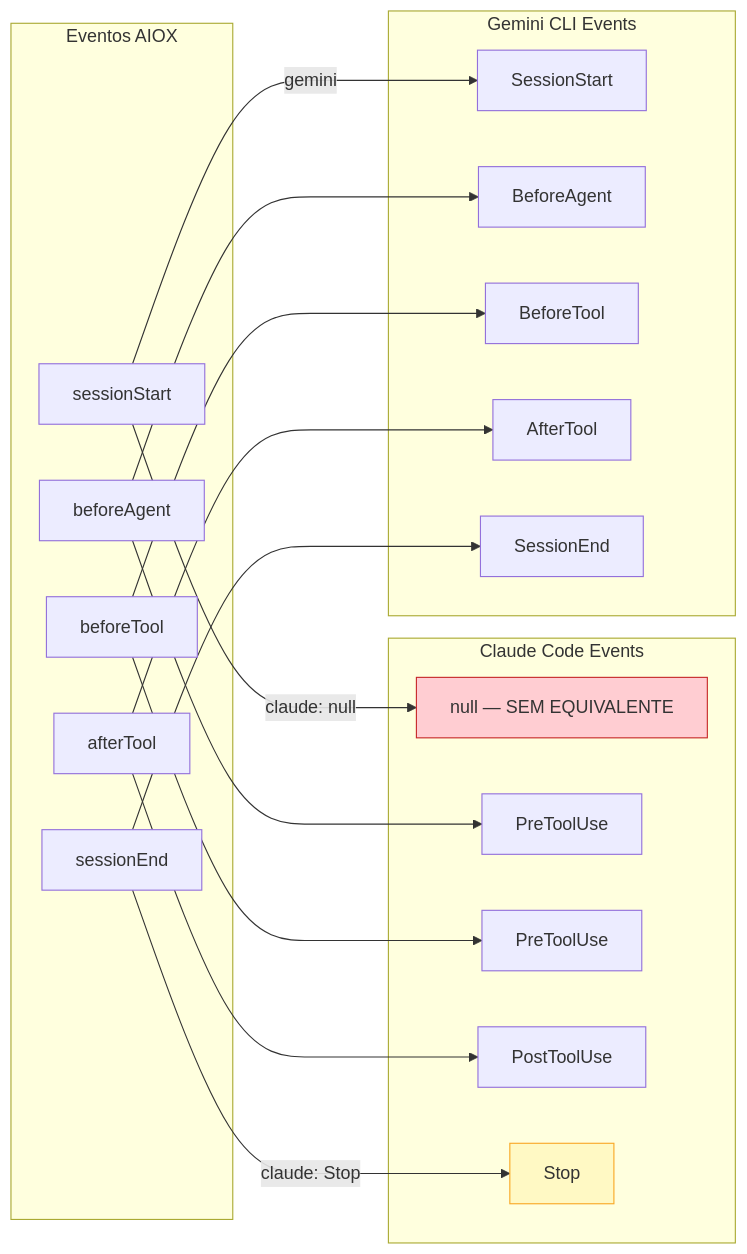
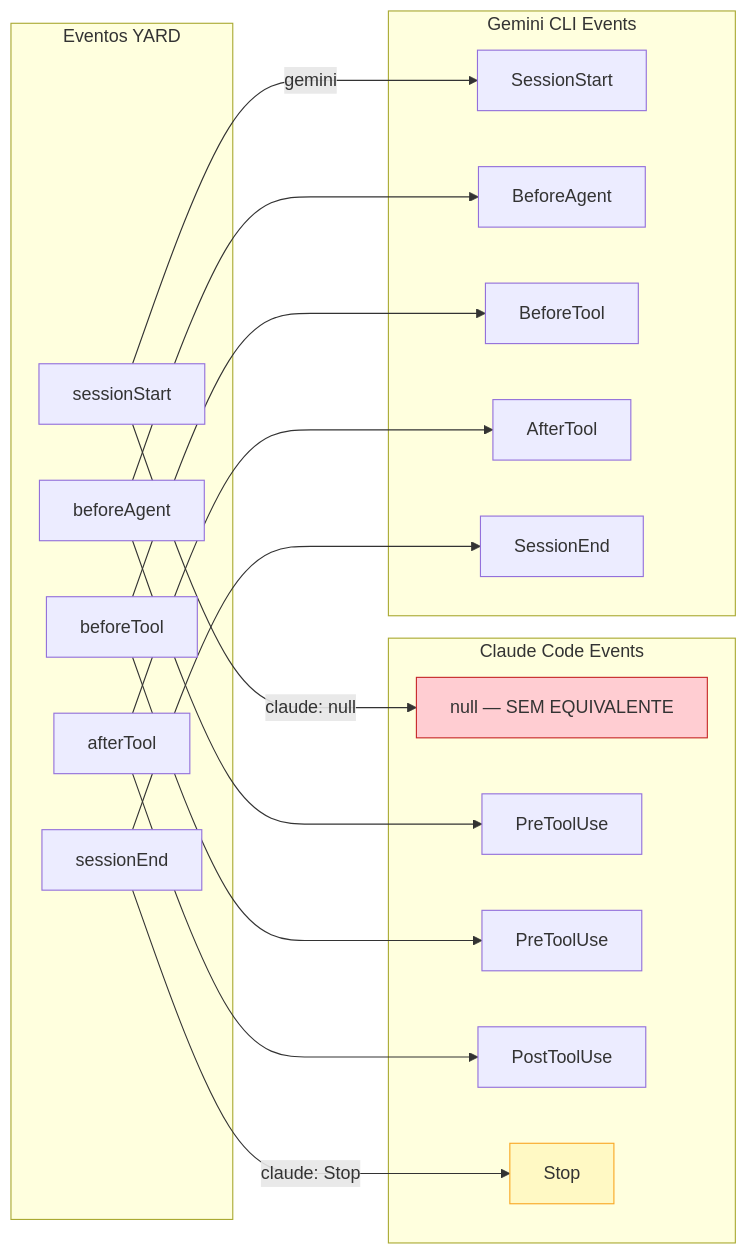
Diagram 17 of 18 in docs/guides/MEMORY-SYSTEM.md (ernesto-langa/yard-core), drawn with Mermaid before and after one commit. The commit also changed other lines of this file and 529 other files, not shown here.

````diff
--- a/docs/guides/MEMORY-SYSTEM.md
+++ b/docs/guides/MEMORY-SYSTEM.md
@@ -759,40 +759,40 @@
 ```mermaid
 flowchart LR
-    subgraph AIOX_EVENTS["Eventos AIOX"]
+    subgraph YARD_EVENTS["Eventos YARD"]
         E1["sessionStart"]
         E2["beforeAgent"]
         E3["beforeTool"]
         E4["afterTool"]
         E5["sessionEnd"]
     end
 
     subgraph CLAUDE_EVENTS["Claude Code Events"]
         CE1["null — SEM EQUIVALENTE"]
         CE2["PreToolUse"]
         CE3["PreToolUse"]
         CE4["PostToolUse"]
         CE5["Stop"]
     end
 
     subgraph GEMINI_EVENTS["Gemini CLI Events"]
         GE1["SessionStart"]
         GE2["BeforeAgent"]
         GE3["BeforeTool"]
         GE4["AfterTool"]
         GE5["SessionEnd"]
     end
 
     E1 -->|"claude: null"| CE1
     E1 -->|"gemini"| GE1
     E2 --> CE2
     E2 --> GE2
     E3 --> CE3
     E3 --> GE3
     E4 --> CE4
     E4 --> GE4
     E5 -->|"claude: Stop"| CE5
     E5 --> GE5
 
     style CE1 fill:#FFCDD2,stroke:#C62828
     style CE5 fill:#FFF9C4,stroke:#F9A825
 ```
````
